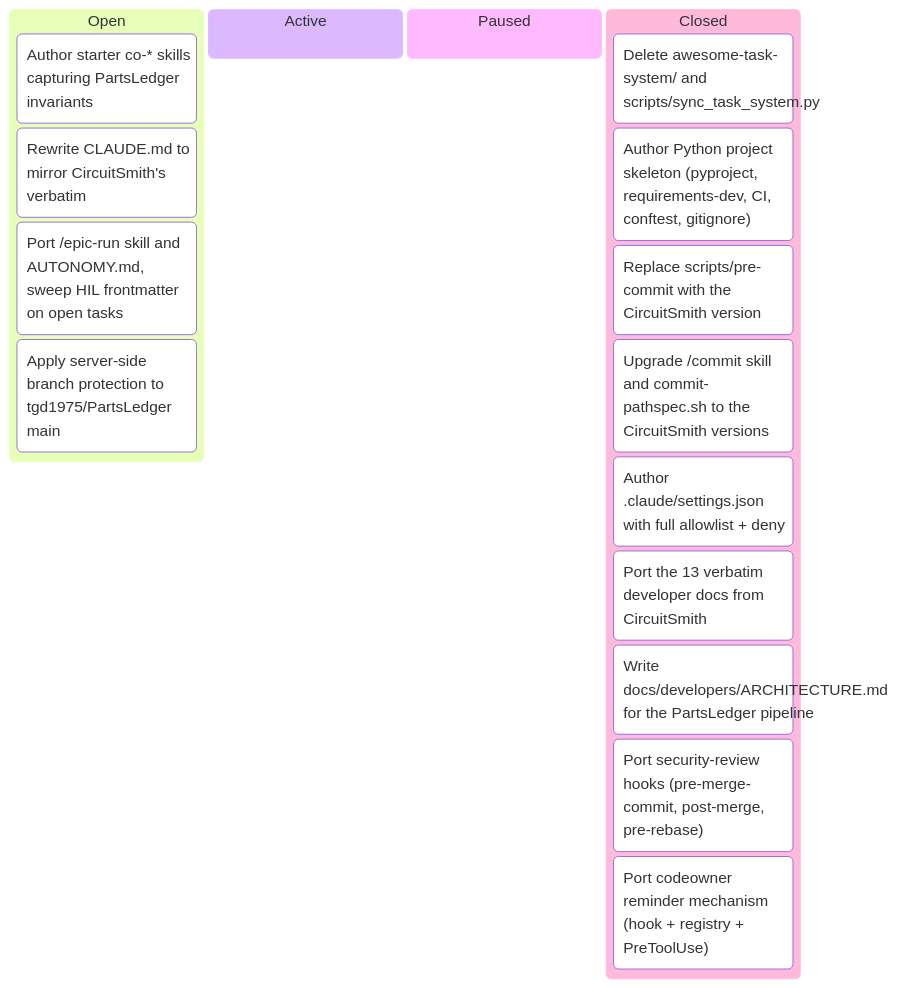
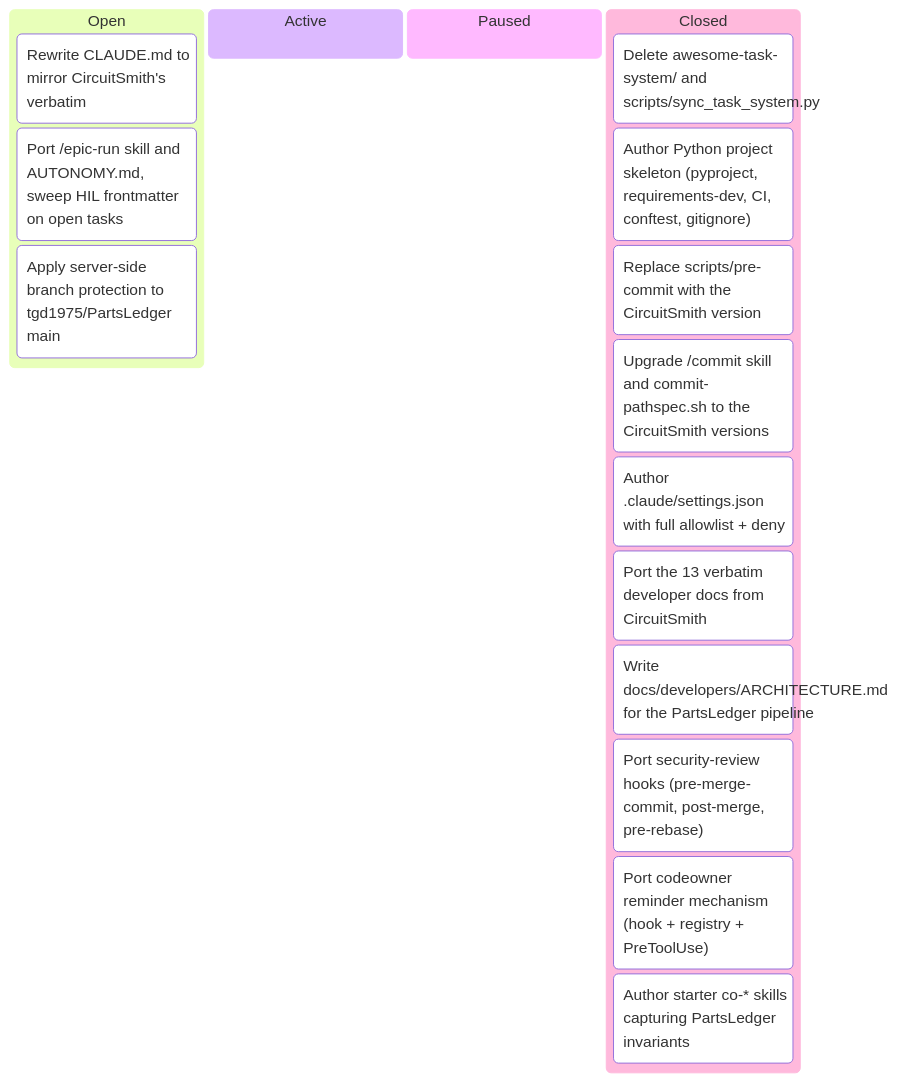
Before and after one commit to tgd1975/PartsLedger: the diagram in docs/developers/tasks/KANBAN.md, drawn with Mermaid. The commit also changed other lines of this file and 6 other files, not shown here.

First line of the commit message:
close TASK-010: Author starter co-* skills for PartsLedger invariants

````diff
--- a/docs/developers/tasks/KANBAN.md
+++ b/docs/developers/tasks/KANBAN.md
@@ -11,20 +11,20 @@
 ```mermaid
 kanban
   Open
-    TASK_010["Author starter co-* skills capturing PartsLedger invariants"]
     TASK_011["Rewrite CLAUDE.md to mirror CircuitSmith's verbatim"]
     TASK_012["Port /epic-run skill and AUTONOMY.md, sweep HIL frontmatter on open tasks"]
     TASK_013["Apply server-side branch protection to tgd1975/PartsLedger main"]
   Active
   Paused
   Closed
     TASK_001["Delete awesome-task-system/ and scripts/sync_task_system.py"]
     TASK_002["Author Python project skeleton (pyproject, requirements-dev, CI, conftest, gitignore)"]
     TASK_003["Replace scripts/pre-commit with the CircuitSmith version"]
     TASK_004["Upgrade /commit skill and commit-pathspec.sh to the CircuitSmith versions"]
     TASK_005["Author .claude/settings.json with full allowlist + deny"]
     TASK_006["Port the 13 verbatim developer docs from CircuitSmith"]
     TASK_007["Write docs/developers/ARCHITECTURE.md for the PartsLedger pipeline"]
     TASK_008["Port security-review hooks (pre-merge-commit, post-merge, pre-rebase)"]
     TASK_009["Port codeowner reminder mechanism (hook + registry + PreToolUse)"]
+    TASK_010["Author starter co-* skills capturing PartsLedger invariants"]
 ```
````
